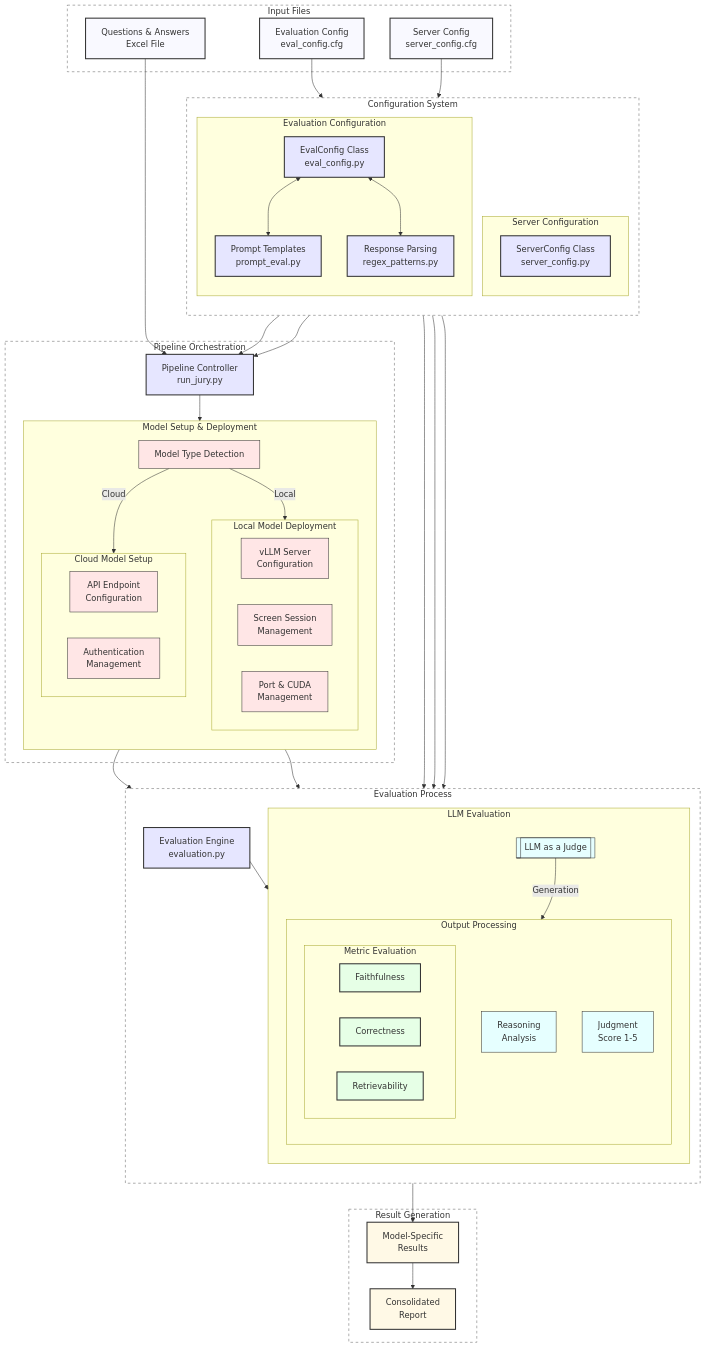
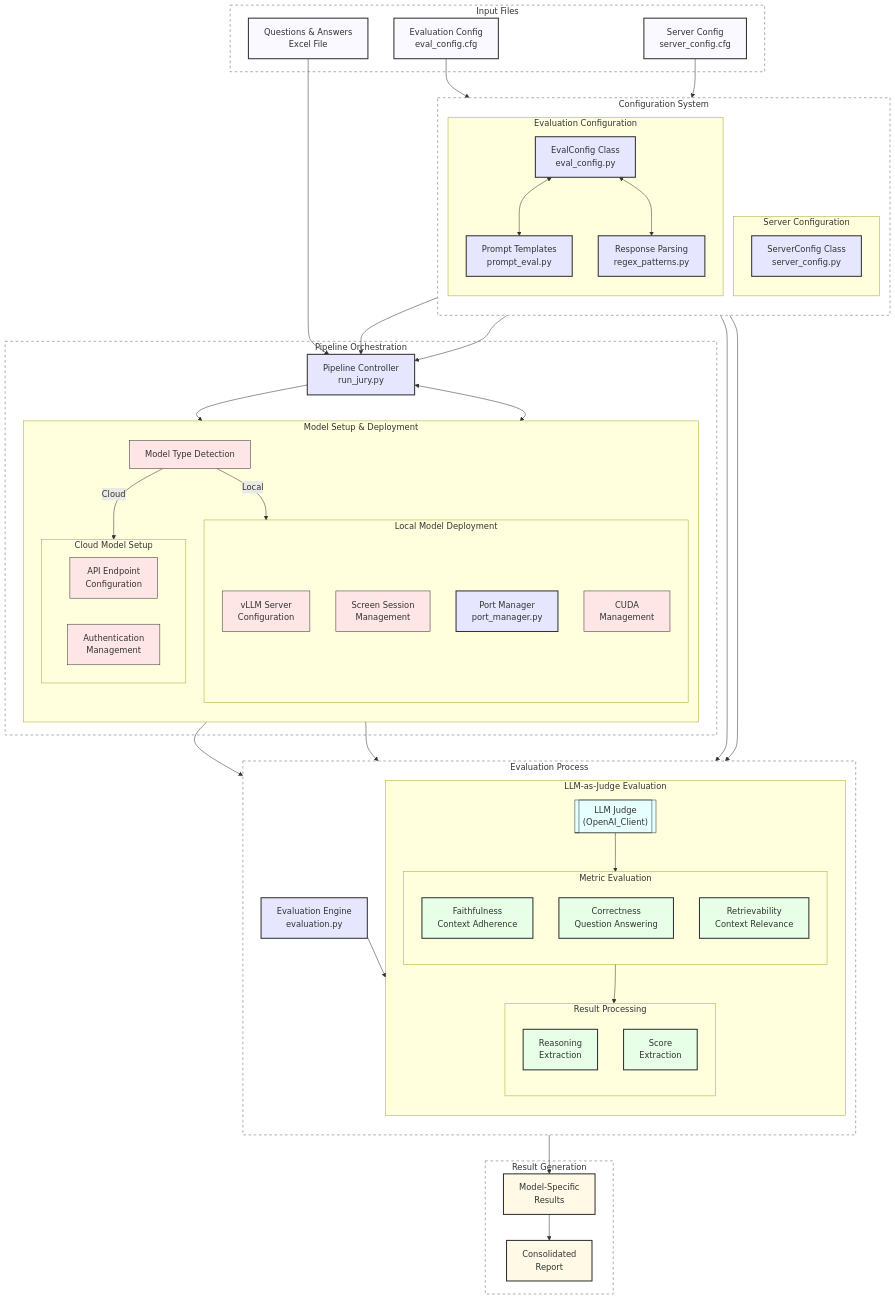
One commit to rte-france/wattelse changed the diagram in wattelse/evaluation_pipeline/README.md. Above: the diagram before and after it, drawn with Mermaid. The commit also changed 9 other files, not shown here.

````diff
--- a/wattelse/evaluation_pipeline/README.md
+++ b/wattelse/evaluation_pipeline/README.md
@@ -40,7 +40,8 @@
             subgraph LocalModels["Local Model Deployment"]
                 VM[vLLM Server<br/>Configuration]
                 SS[Screen Session<br/>Management]
-                PC[Port & CUDA<br/>Management]
+                PM[Port Manager<br/>port_manager.py]
+                PC[CUDA<br/>Management]
             end
             
             subgraph CloudModels["Cloud Model Setup"]
@@ -50,23 +51,25 @@
         end
     end
 
-    %% Evaluation Process with metrics
+    %% Evaluation Process with metrics - ENHANCED SECTION
     subgraph Evaluation["Evaluation Process"]
         direction TB
         EV[Evaluation Engine<br/>evaluation.py]
         
-        subgraph LLMEval["LLM Evaluation"]
-            LG[["LLM as a Judge<br/>"]]
+        subgraph LLMEval["LLM-as-Judge Evaluation"]
+            LG[["LLM Judge<br/>(OpenAI_Client)"]]
             
-            subgraph LLMOutput["Output Processing"]
+            subgraph MetricEval["Metric Evaluation"]
                 direction TB
-                RE1[Reasoning<br/>Analysis]
-                JU1[Judgment<br/>Score 1-5]
-                subgraph Metrics["Metric Evaluation"]
-                    FA[Faithfulness]
-                    CO[Correctness]
-                    RE[Retrievability]
-                end
+                FA[Faithfulness<br/>Context Adherence]
+                CO[Correctness<br/>Question Answering]
+                RE[Retrievability<br/>Context Relevance]
+            end
+            
+            subgraph ResultProc["Result Processing"]
+                direction TB
+                RA[Reasoning<br/>Extraction]
+                SC1[Score<br/>Extraction]
             end
         end
     end
@@ -91,13 +94,16 @@
     LocalModels --> EV
     CloudModels --> EV
     EV --> LLMEval
-    LG --> |Generation| LLMOutput
-    Metrics --> IR
+    
+    LG --> MetricEval
+    MetricEval --> ResultProc
+    RP --> ResultProc
+    
+    ResultProc --> IR
     IR --> FR
     PE --> LG
-    RP --> RE1
-    RP --> JU1
-
+    
+    RS <--> PM
 
     %% Styling
     classDef configFile fill:#f9f9ff,stroke:#333,stroke-width:2px
@@ -109,10 +115,10 @@
     classDef container fill:#ffffff,stroke:#666,stroke-width:1px,stroke-dasharray: 5 5
 
     class QA,CF,SF configFile
-    class EC,RP,PE,EV,RS,SC codeFile
-    class FA,CO,RE,PP,RP1,RP2,RP3 process
+    class EC,RP,PE,EV,RS,SC,PM codeFile
+    class FA,CO,RE,RA,SC1 process
     class IR,FR output
     class MS,VM,SS,PC,API,AUTH setup
-    class LG,RE1,JU1 llm
+    class LG llm
     class ConfigSystem,Orchestration,Evaluation,Output,Input container
 ```
````
